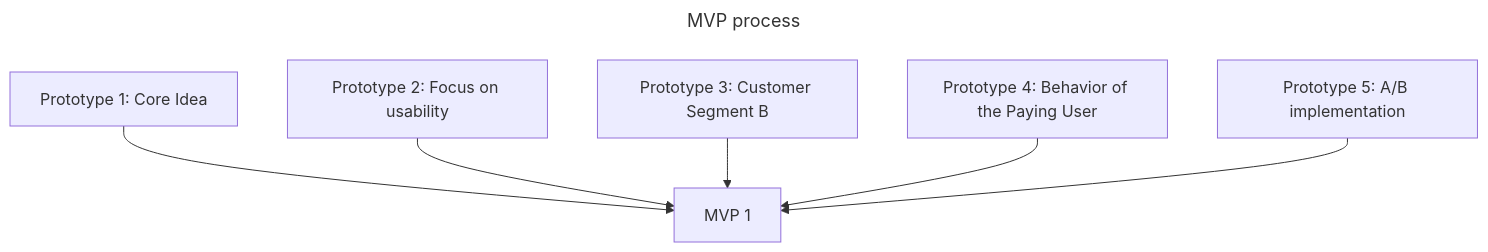
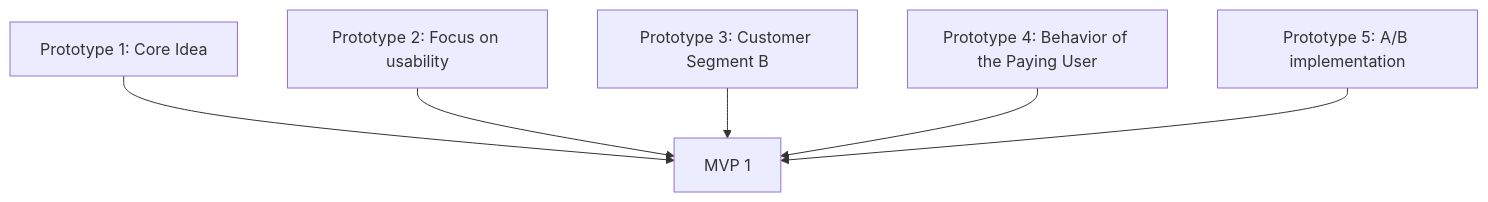
Before and after one commit to knatarasan/knatarasan.github.io: the second of 3 diagrams in _posts/2025-07-03-this-is-prototype-book.md, drawn with Mermaid. The commit also changed other lines of this file, not shown here.

````diff
--- a/_posts/2025-07-03-this-is-prototype-book.md
+++ b/_posts/2025-07-03-this-is-prototype-book.md
@@ -66,11 +63,8 @@
 ```mermaid
----
-title: MVP process
----
 flowchart TB
 PT1[Prototype 1: Core Idea] --> MV[MVP 1]
 PT2[Prototype 2: Focus on usability] --> MV
 PT3[Prototype 3: Customer Segment B ] --> MV
 PT4[Prototype 4: Behavior of the Paying User ] --> MV
 PT5[Prototype 5: A/B implementation] --> MV
 ```
````
